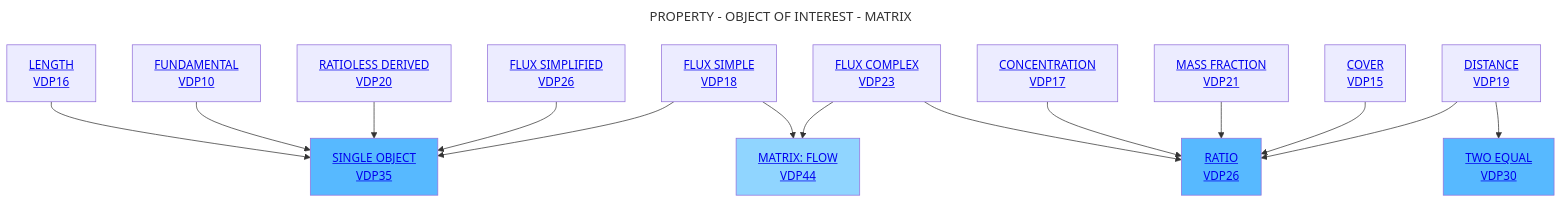
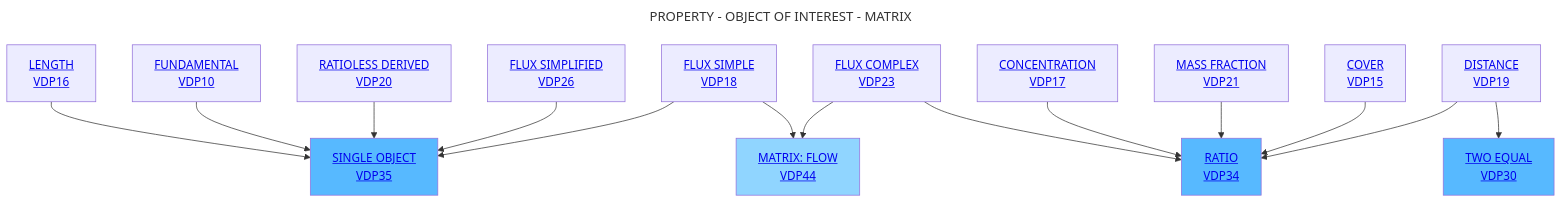
Before and after one commit to mabablue/I-ADOPT-patterns-playground: the diagram in Decisition_trees/DT6.mmd, drawn with Mermaid.

```diff
--- a/Decisition_trees/DT6.mmd
+++ b/Decisition_trees/DT6.mmd
@@ -1,20 +1,20 @@
 ---
 title: PROPERTY - OBJECT OF INTEREST - MATRIX
 ---
 flowchart TD
     A[<a href='https://github.com/mabablue/I-ADOPT-patterns-playground/blob/main/pattern/VDP16.yaml'>LENGTH <br> VDP16</a>] --> C[<a href='https://github.com/mabablue/I-ADOPT-patterns-playground/blob/main/pattern/VDP35.yaml'>SINGLE OBJECT <br> VDP35</a>]:::satblue
     B[<a href='https://github.com/mabablue/I-ADOPT-patterns-playground/blob/main/pattern/VDP10.yaml'>FUNDAMENTAL <br> VDP10</a>]  --> C
     D[<a href='https://github.com/mabablue/I-ADOPT-patterns-playground/blob/main/pattern/VDP20.yaml'>RATIOLESS DERIVED <br> VDP20</a>] --> C
     E[<a href='https://github.com/mabablue/I-ADOPT-patterns-playground/blob/main/pattern/VDP20.yaml'>FLUX SIMPLIFIED <br> VDP26</a>] --> C
     I[<a href='https://github.com/mabablue/I-ADOPT-patterns-playground/blob/main/pattern/VDP23.yaml'>FLUX COMPLEX <br> VDP23</a>] --> F  
     M[<a href='https://github.com/mabablue/I-ADOPT-patterns-playground/blob/main/pattern/VDP17.yaml'>CONCENTRATION <br> VDP17</a>] --> F
-    L[<a href='https://github.com/mabablue/I-ADOPT-patterns-playground/blob/main/pattern/VDP21.yaml'>MASS FRACTION <br> VDP21</a>] --> F[<a href='https://github.com/mabablue/I-ADOPT-patterns-playground/blob/main/pattern/VDP26.yaml'>RATIO <br> VDP26</a>]:::satblue
+    L[<a href='https://github.com/mabablue/I-ADOPT-patterns-playground/blob/main/pattern/VDP21.yaml'>MASS FRACTION <br> VDP21</a>] --> F[<a href='https://github.com/mabablue/I-ADOPT-patterns-playground/blob/main/pattern/VDP34.yaml'>RATIO <br> VDP34</a>]:::satblue
     Q[<a href='https://github.com/mabablue/I-ADOPT-patterns-playground/blob/main/pattern/VDP18.yaml'>FLUX SIMPLE <br> VDP18</a>] --> C
     P[<a href='https://github.com/mabablue/I-ADOPT-patterns-playground/blob/main/pattern/VDP15.yaml'>COVER <br> VDP15</a>] --> F
     Q --> K[<a href='https://github.com/mabablue/I-ADOPT-patterns-playground/blob/main/pattern/VDP44.yaml'>MATRIX: FLOW <br> VDP44</a>]:::blue
     G[<a href='https://github.com/mabablue/I-ADOPT-patterns-playground/blob/main/pattern/VDP23.yaml'>DISTANCE <br> VDP19</a>] --> F 
     G --> R[<a href='https://github.com/mabablue/I-ADOPT-patterns-playground/blob/main/pattern/VDP30.yaml'>TWO EQUAL <br> VDP30</a>]:::satblue
     I --> K
 
    classDef blue fill:#90D5FF
    classDef satblue fill:#57B9FF
```
